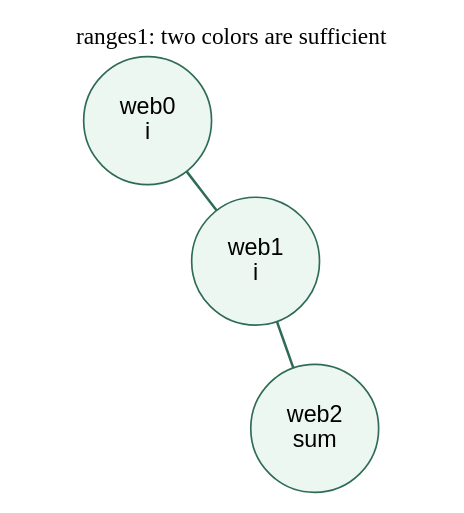
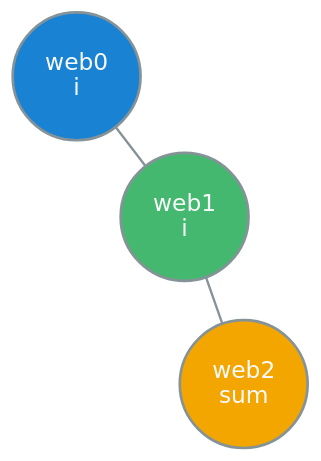
The diagram in dox/example_basic.dot (AlexDTT/CompilerRegisterAllocationProject), drawn with Graphviz before and after one commit. The commit also changed 88 other files, not shown here.

```diff
--- a/dox/example_basic.dot
+++ b/dox/example_basic.dot
@@ -1,16 +1,14 @@
 graph basic_example {
     layout=neato;
     overlap=false;
-    node [shape=circle, style=filled, fontname="Helvetica", fillcolor="#edf7f2", color="#2f6b56"];
-    edge [color="#2f6b56", penwidth=1.5];
+    bgcolor="transparent";
+    node [shape=circle, style=filled, fontname="DejaVu Sans", fontcolor="#f8f9fa", color="#859399", penwidth=1.6];
+    edge [color="#859399", penwidth=1.4];
 
-    web0 [label="web0\ni"];
-    web1 [label="web1\ni"];
-    web2 [label="web2\nsum"];
+    web0 [label="web0\ni", fillcolor="#1982d2"];
+    web1 [label="web1\ni", fillcolor="#44b86f"];
+    web2 [label="web2\nsum", fillcolor="#f3a600"];
 
     web0 -- web1;
     web1 -- web2;
-
-    label="ranges1: two colors are sufficient";
-    labelloc=t;
 }
```
